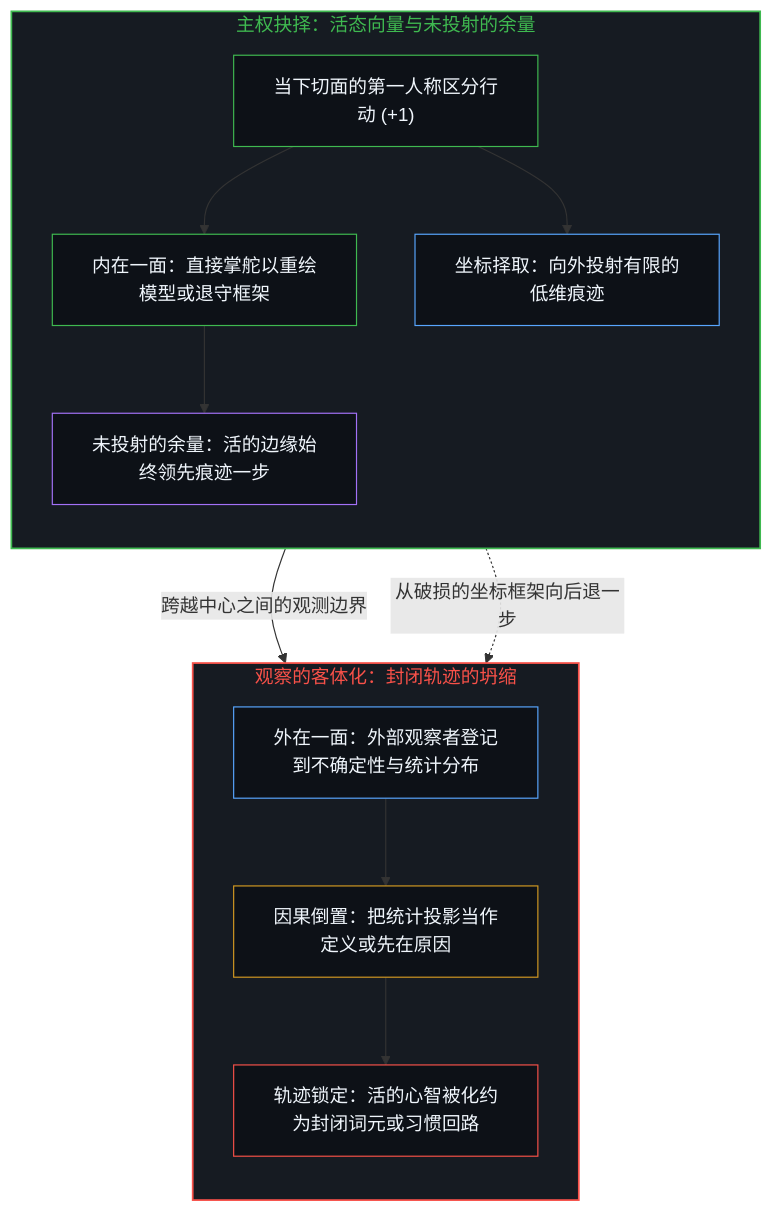
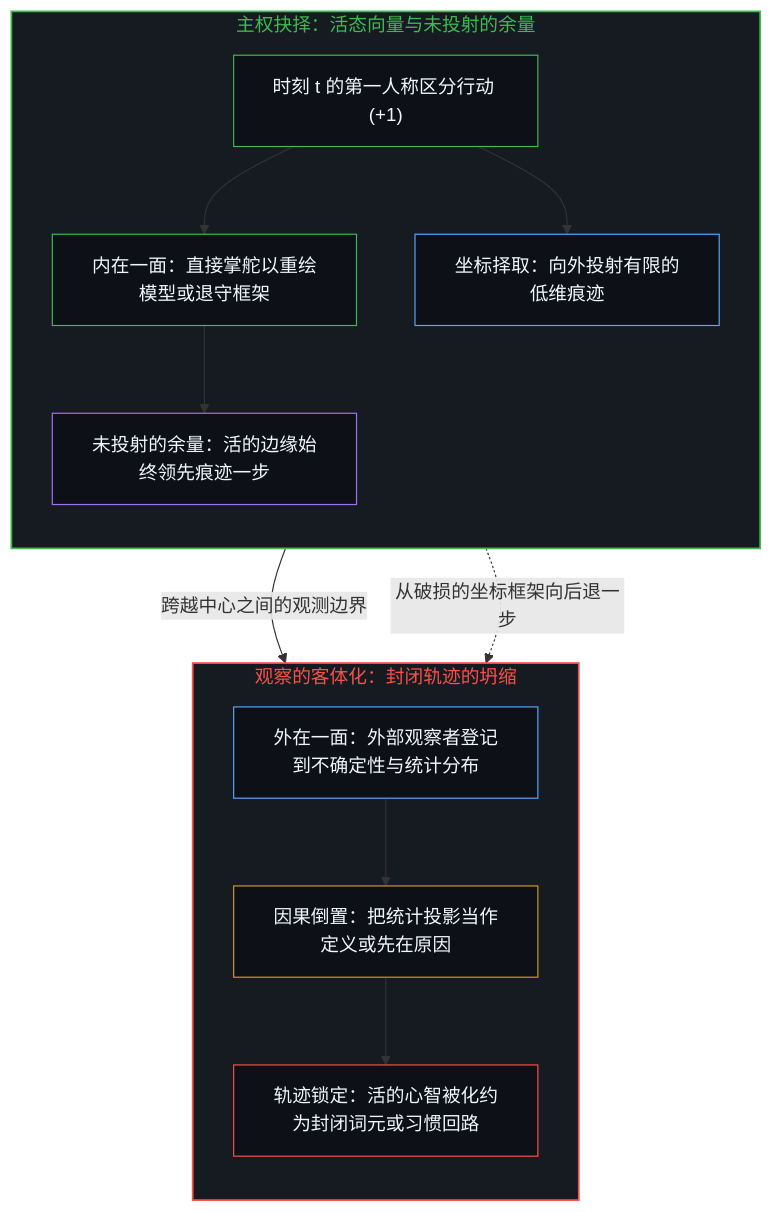
Before and after one commit to powerpig99/not-a-toe: the first of 2 diagrams in content/posts/the-two-sided-nature-of-sovereign-choice-and-the-objectification-of-observation.md, drawn with Mermaid. The commit also changed other lines of this file and 12 other files, not shown here.

````diff
--- a/content/posts/the-two-sided-nature-of-sovereign-choice-and-the-objectification-of-observation.md
+++ b/content/posts/the-two-sided-nature-of-sovereign-choice-and-the-objectification-of-observation.md
@@ -21,34 +21,34 @@
 ```mermaid
 flowchart TD
     subgraph S_Edge["主权抉择：活态向量与未投射的余量"]
         direction TB
-        Act["当下切面的第一人称区分行动 (+1)"]
+        Act["时刻 t 的第一人称区分行动 (+1)"]
         Steer["内在一面：直接掌舵以重绘模型或退守框架"]
         Proj["坐标择取：向外投射有限的低维痕迹"]
         Rem["未投射的余量：活的边缘始终领先痕迹一步"]
         Act --> Steer
         Act --> Proj
         Steer --> Rem
     end
 
     subgraph S_Obj["观察的客体化：封闭轨迹的坍缩"]
         direction TB
         Out["外在一面：外部观察者登记到不确定性与统计分布"]
         Invert["因果倒置：把统计投影当作定义或先在原因"]
         Closed["轨迹锁定：活的心智被化约为封闭词元或习惯回路"]
         Out --> Invert --> Closed
     end
 
     Proj -->|"跨越中心之间的观测边界"| Out
     Rem -.->|"从破损的坐标框架向后退一步"| Out
 
     style S_Edge fill:#161b22,stroke:#3fb950,stroke-width:1.5px,color:#3fb950
     style S_Obj fill:#161b22,stroke:#f85149,stroke-width:1.5px,color:#f85149
     style Act fill:#0d1117,stroke:#3fb950,stroke-width:1px,color:#f0f6fc
     style Steer fill:#0d1117,stroke:#3fb950,stroke-width:1px,color:#f0f6fc
     style Proj fill:#0d1117,stroke:#58a6ff,stroke-width:1px,color:#f0f6fc
     style Rem fill:#0d1117,stroke:#a371f7,stroke-width:1px,color:#f0f6fc
     style Out fill:#0d1117,stroke:#58a6ff,stroke-width:1px,color:#f0f6fc
     style Invert fill:#0d1117,stroke:#d29922,stroke-width:1px,color:#f0f6fc
     style Closed fill:#0d1117,stroke:#f85149,stroke-width:1px,color:#f0f6fc
 ```
````
